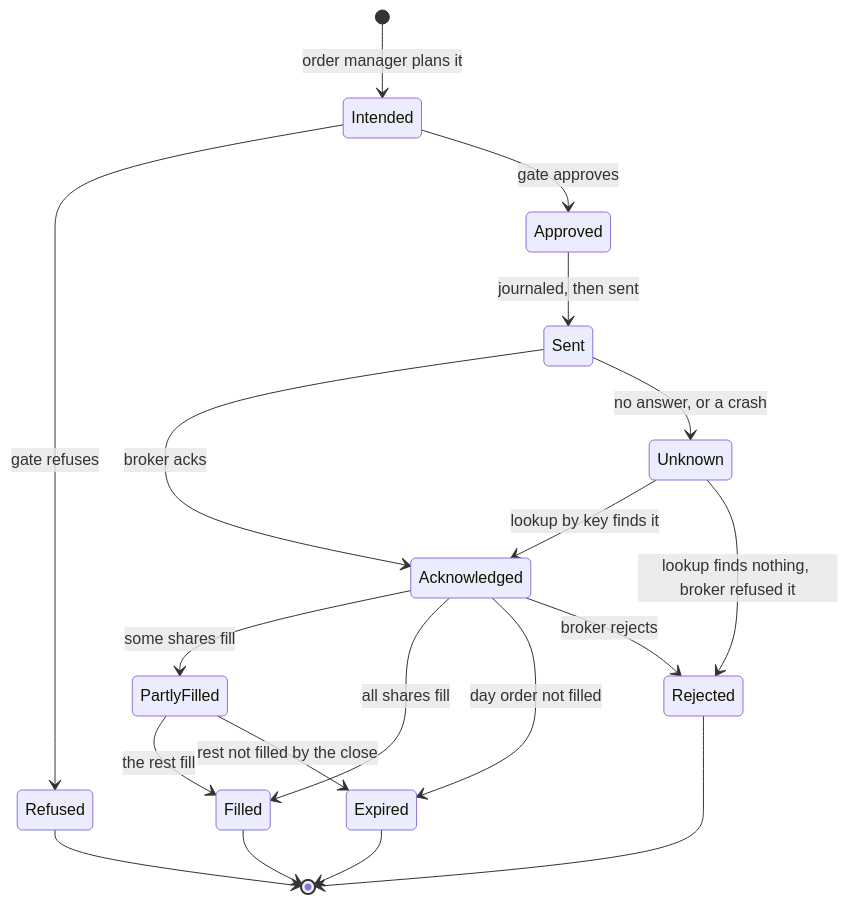
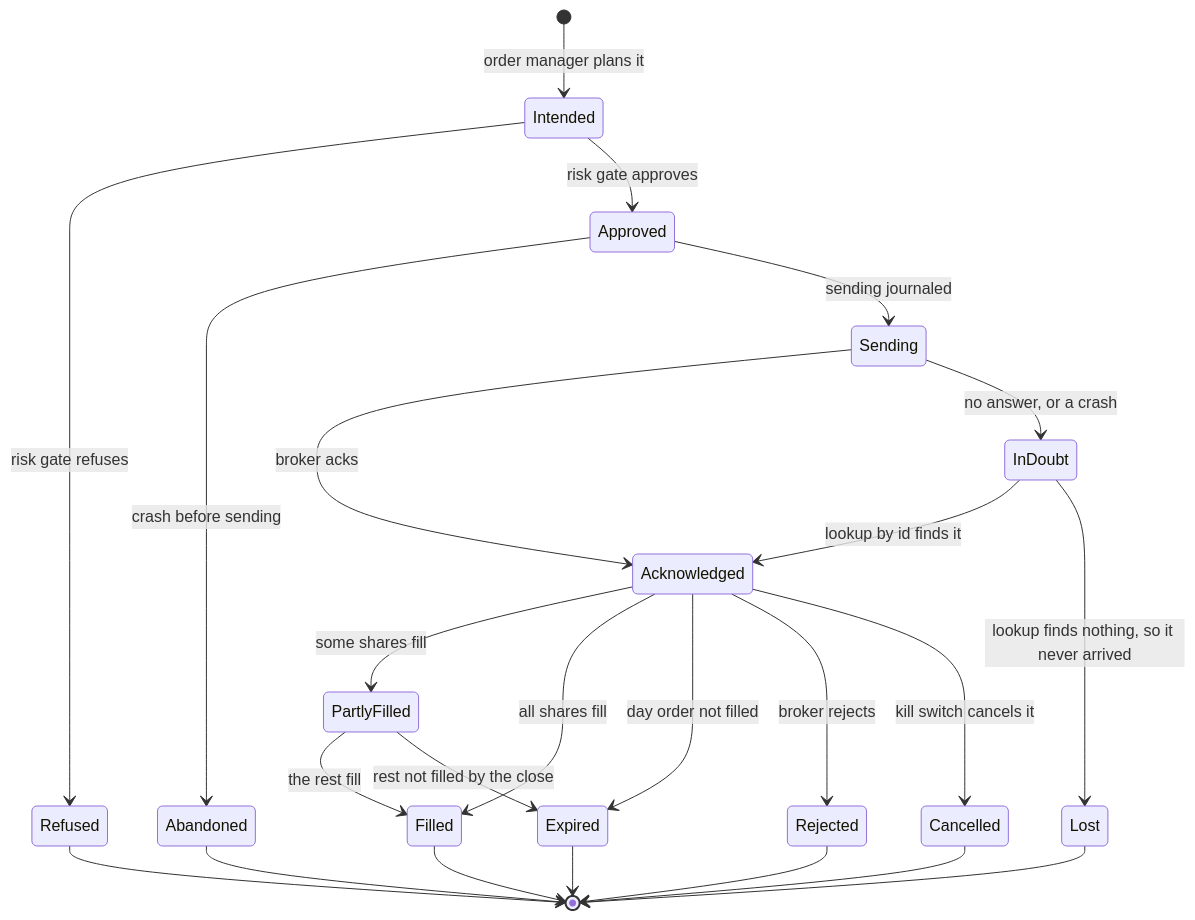
One commit to l3a0/ithildin-runtime changed diagram 12 of 16 in docs/architecture.md. Above: the diagram before and after it, drawn with Mermaid. The commit also changed other lines of this file, not shown here.

First line of the commit message:
docs(architecture): apply the review's verified findings

````diff
--- a/docs/architecture.md
+++ b/docs/architecture.md
@@ -592,21 +772,26 @@
 ```mermaid
 stateDiagram-v2
     [*] --> Intended: order manager plans it
-    Intended --> Refused: gate refuses
-    Intended --> Approved: gate approves
-    Approved --> Sent: journaled, then sent
-    Sent --> Acknowledged: broker acks
-    Sent --> Unknown: no answer, or a crash
-    Unknown --> Acknowledged: lookup by key finds it
-    Unknown --> Rejected: lookup finds nothing, broker refused it
+    Intended --> Refused: risk gate refuses
+    Intended --> Approved: risk gate approves
+    Approved --> Abandoned: crash before sending
+    Approved --> Sending: sending journaled
+    Sending --> Acknowledged: broker acks
+    Sending --> InDoubt: no answer, or a crash
+    InDoubt --> Acknowledged: lookup by id finds it
+    InDoubt --> Lost: lookup finds nothing, so it never arrived
     Acknowledged --> PartlyFilled: some shares fill
     PartlyFilled --> Filled: the rest fill
     Acknowledged --> Filled: all shares fill
     Acknowledged --> Expired: day order not filled
     PartlyFilled --> Expired: rest not filled by the close
     Acknowledged --> Rejected: broker rejects
+    Acknowledged --> Cancelled: kill switch cancels it
     Refused --> [*]
+    Abandoned --> [*]
+    Lost --> [*]
     Filled --> [*]
     Expired --> [*]
     Rejected --> [*]
+    Cancelled --> [*]
 ```
````
